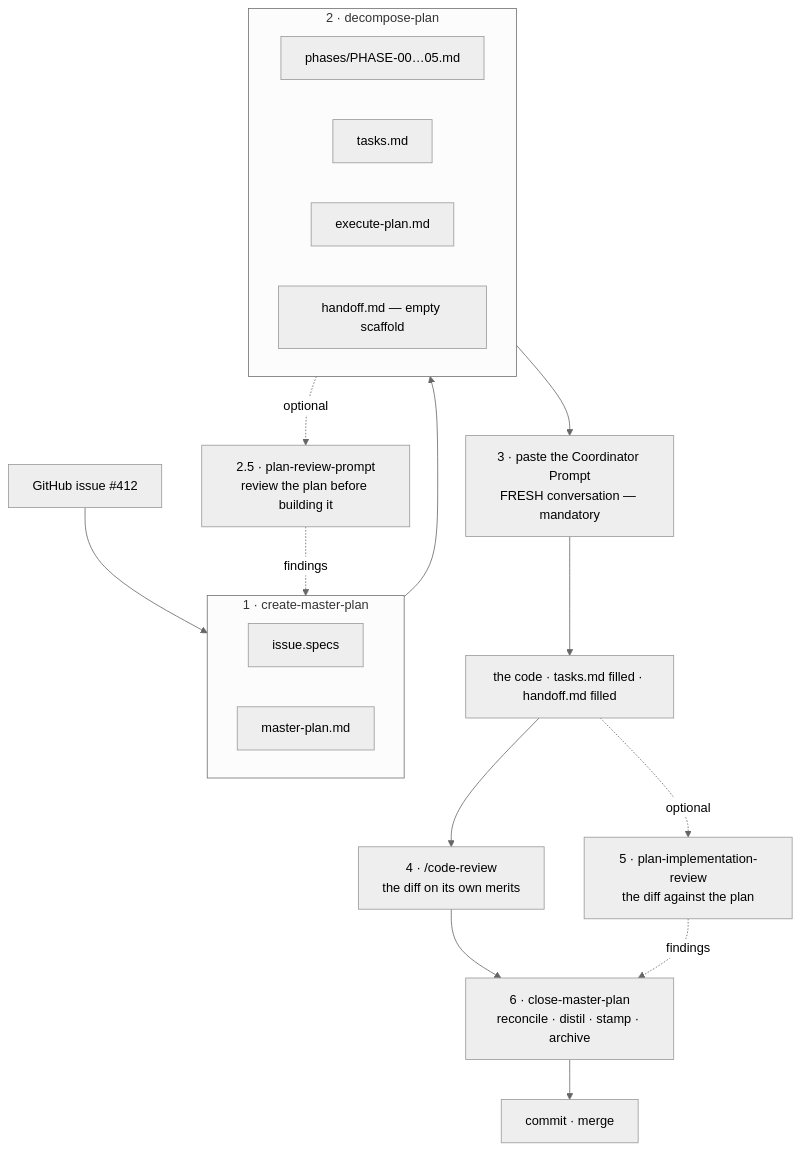
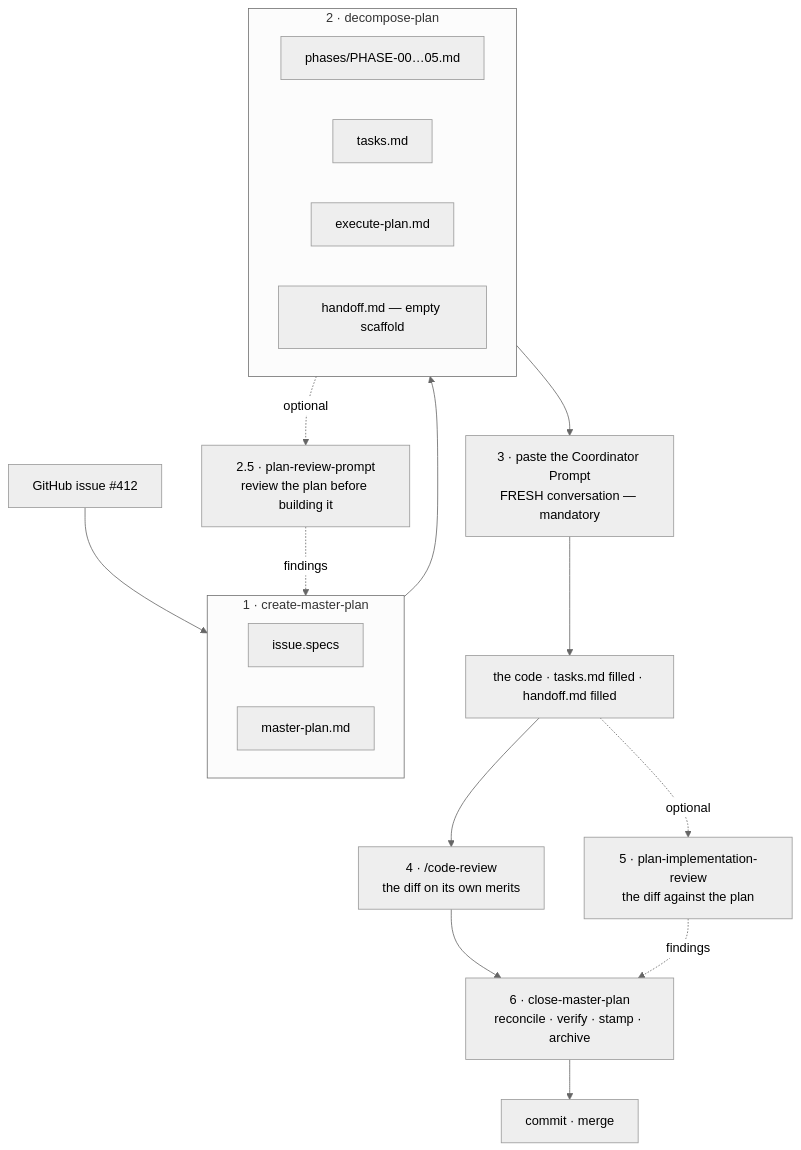
Before and after one commit to necofx/necofx-claude-marketplace: the first of 13 diagrams in docs/master-plan-pack/TUTORIAL.md, drawn with Mermaid (neutral theme). The commit also changed other lines of this file and 16 other files, not shown here.

First line of the commit message:
close-master-plan: drop the .claude/rules distillation step

````diff
--- a/docs/master-plan-pack/TUTORIAL.md
+++ b/docs/master-plan-pack/TUTORIAL.md
@@ -39,30 +39,30 @@
 ```mermaid
 flowchart TD
     T["GitHub issue #412"] --> S1
 
     subgraph S1["1 · create-master-plan"]
         A1["issue.specs"]
         A2["master-plan.md"]
     end
 
     S1 --> S2
 
     subgraph S2["2 · decompose-plan"]
         B1["phases/PHASE-00…05.md"]
         B2["tasks.md"]
         B3["execute-plan.md"]
         B4["handoff.md — empty scaffold"]
     end
 
     S2 -. optional .-> R1["2.5 · plan-review-prompt<br/>review the plan before building it"]
     R1 -. findings .-> S1
 
     S2 --> S3["3 · paste the Coordinator Prompt<br/>FRESH conversation — mandatory"]
     S3 --> C1["the code · tasks.md filled · handoff.md filled"]
 
     C1 --> S4["4 · /code-review<br/>the diff on its own merits"]
     C1 -. optional .-> R2["5 · plan-implementation-review<br/>the diff against the plan"]
-    S4 --> S6["6 · close-master-plan<br/>reconcile · distil · stamp · archive"]
+    S4 --> S6["6 · close-master-plan<br/>reconcile · verify · stamp · archive"]
     R2 -. findings .-> S6
     S6 --> M["commit · merge"]
 ```
````
